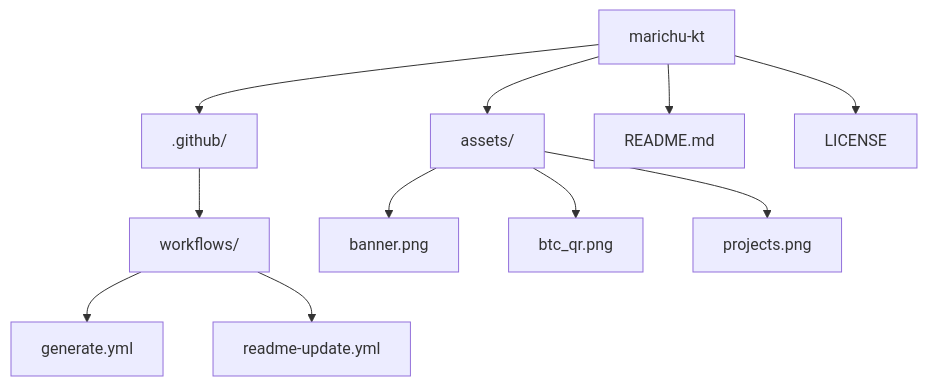
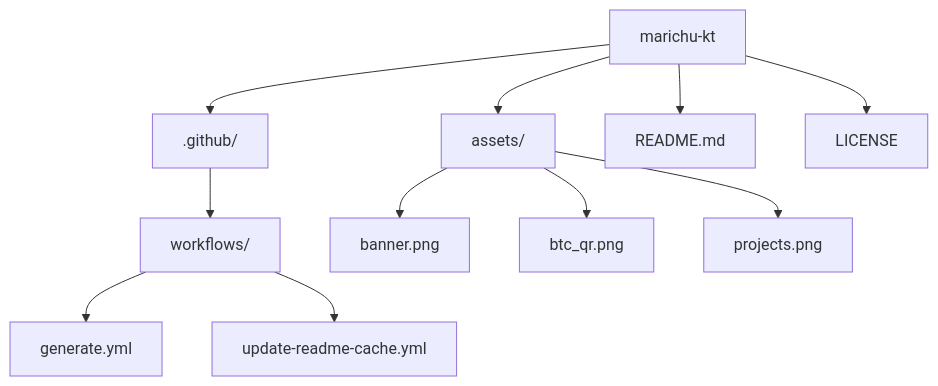
One commit to marichu-kt/marichu-kt changed the diagram in README.md. Above: the diagram before and after it, drawn with Mermaid.

````diff
--- a/README.md
+++ b/README.md
@@ -126,13 +126,13 @@
 ```mermaid
 graph TD
   A[marichu-kt] --> B[.github/]
   B --> C[workflows/]
   C --> D[generate.yml]
-  C --> K[readme-update.yml]
+  C --> K[update-readme-cache.yml]
   A --> E[assets/]
   E --> F[banner.png]
   E --> I[btc_qr.png]
   E --> J[projects.png]
   A --> G[README.md]
   A --> H[LICENSE]
 ```
````
